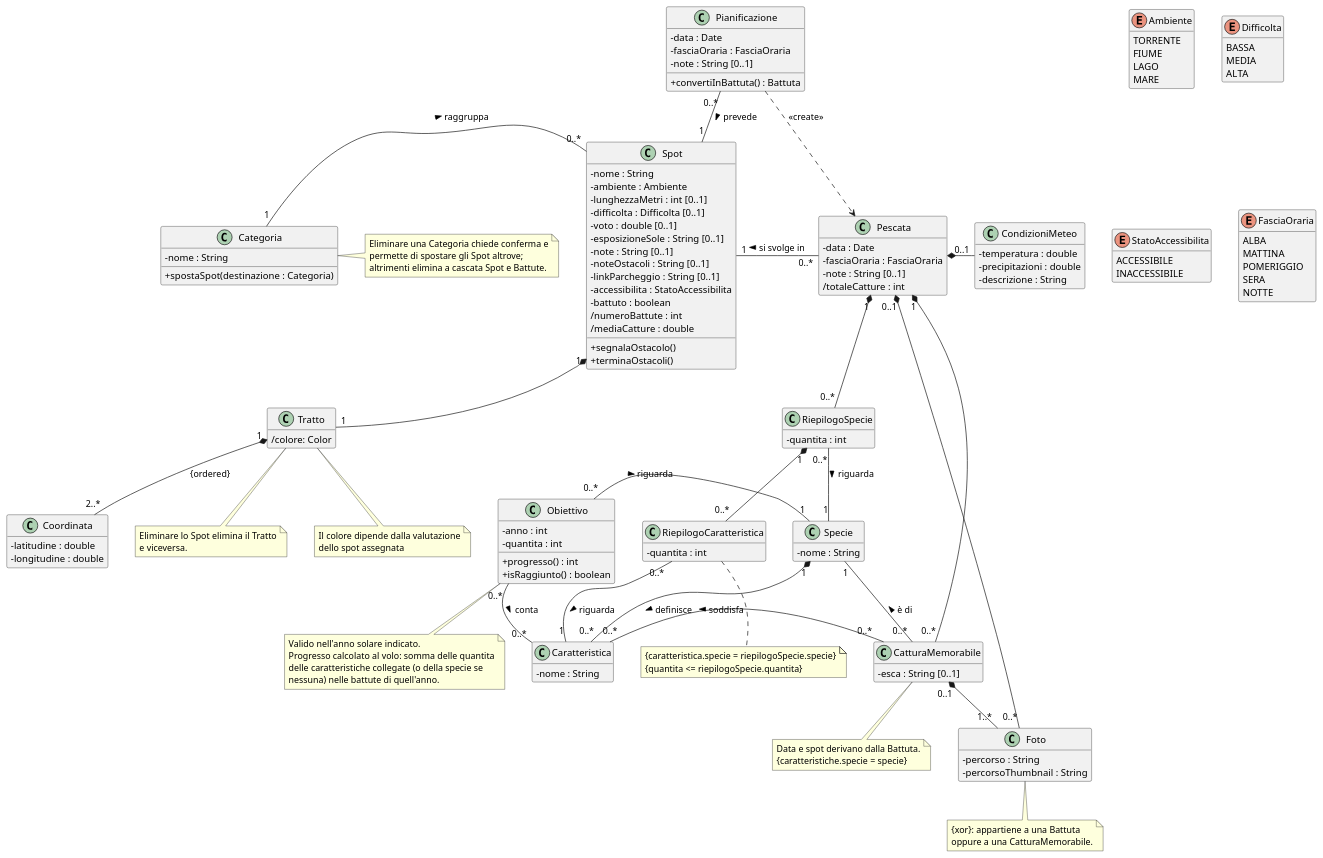
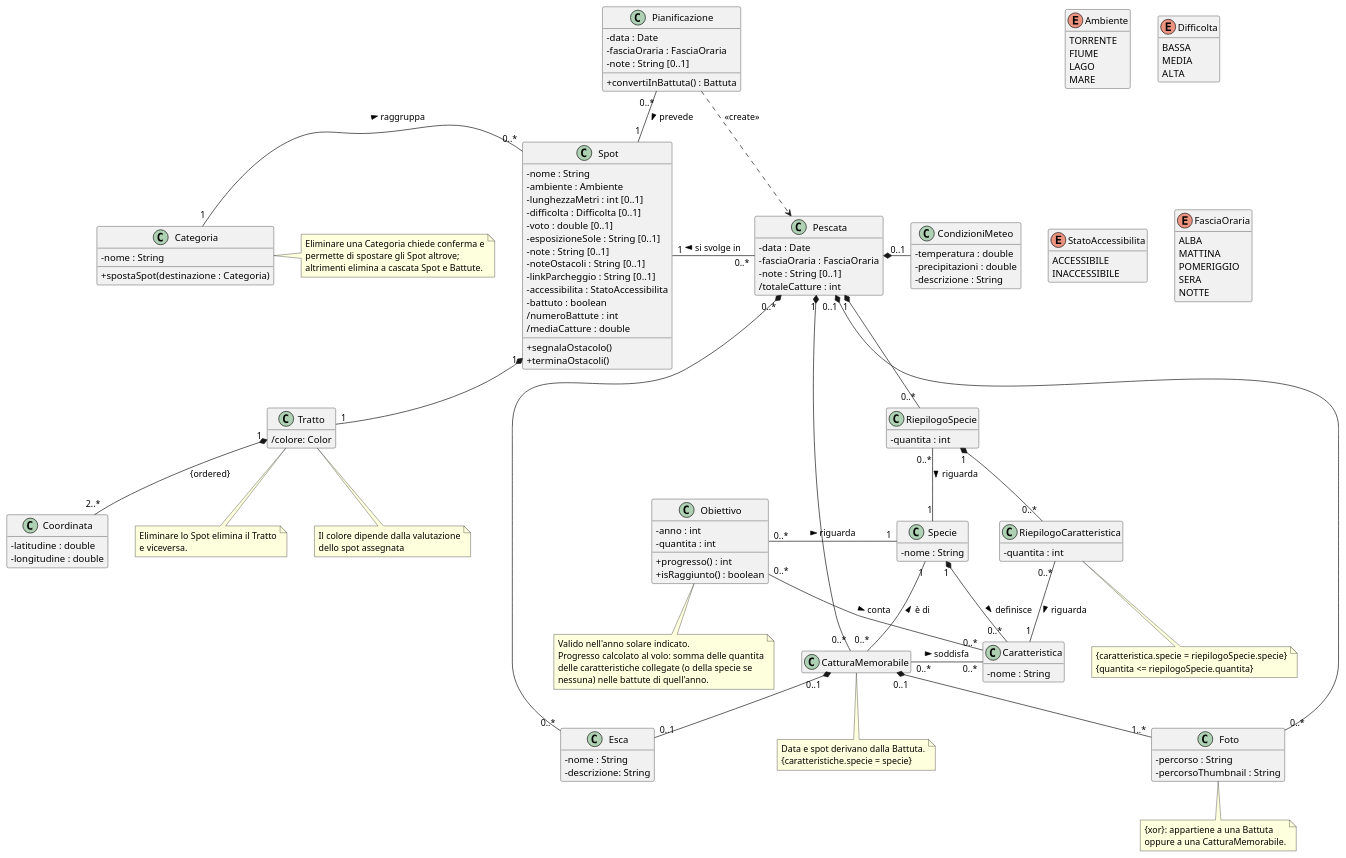
One commit to LocaCele04/LC_Tesi changed the diagram in diagrams/diagramma_classi.puml. Above: the diagram before and after it, drawn with PlantUML. The commit also changed 3 other files, not shown here.

```diff
--- a/diagrams/diagramma_classi.puml
+++ b/diagrams/diagramma_classi.puml
@@ -40,6 +40,11 @@
 class Categoria {
   - nome : String
   + spostaSpot(destinazione : Categoria)
+}
+
+class Esca{
+  - nome : String
+  - descrizione: String
 }
 
 class Spot {
@@ -105,7 +110,6 @@
 }
 
 class CatturaMemorabile {
-  - esca : String [0..1]
 }
 
 class Foto {
@@ -150,11 +154,13 @@
 RiepilogoCaratteristica "0..*" -down- "1" Caratteristica : riguarda >
 
 Pescata "1" *-down- "0..*" CatturaMemorabile
+Pescata "0..*" *-down- "0..*" Esca
 CatturaMemorabile "0..*" -left- "1" Specie : è di >
 CatturaMemorabile "0..*" -left- "0..*" Caratteristica : soddisfa >
 
 Pescata "0..1" *-down- "0..*" Foto
 CatturaMemorabile "0..1" *-down- "1..*" Foto
+CatturaMemorabile "0..1" *-down- "0..1" Esca
 
 ' --- pianificazione e obiettivi ---
 Pianificazione "0..*" -down- "1" Spot : prevede >
```
